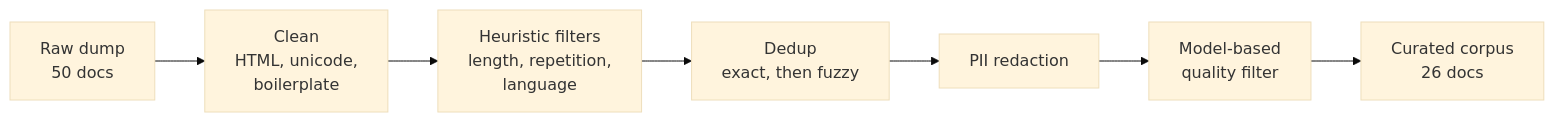
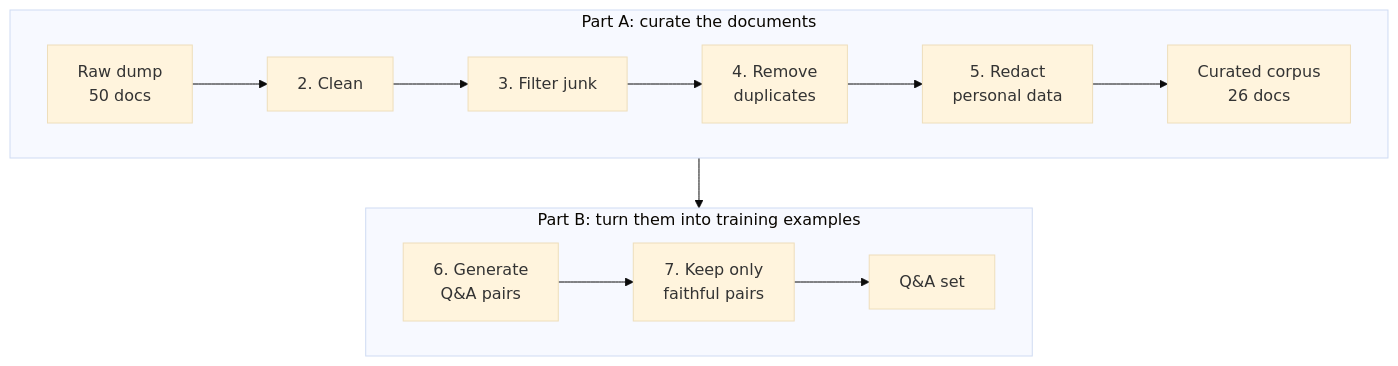
Before and after one commit to vinothss/add_llmknowledge: the diagram in docs/modules/01-data-curation.md, drawn with Mermaid (base theme). The commit also changed other lines of this file and 2 other files, not shown here.

````diff
--- a/docs/modules/01-data-curation.md
+++ b/docs/modules/01-data-curation.md
@@ -54,9 +60,12 @@
 ```mermaid
-flowchart LR
-  R[Raw dump<br/>50 docs] --> C[Clean<br/>HTML, unicode,<br/>boilerplate]
-  C --> F[Heuristic filters<br/>length, repetition,<br/>language]
-  F --> D[Dedup<br/>exact, then fuzzy]
-  D --> P[PII redaction]
-  P --> Q[Model-based<br/>quality filter]
-  Q --> O[Curated corpus<br/>26 docs]
+flowchart TB
+  subgraph A["Part A: curate the documents"]
+    direction LR
+    R[Raw dump<br/>50 docs] --> C[2. Clean] --> F[3. Filter junk] --> D[4. Remove<br/>duplicates] --> P[5. Redact<br/>personal data] --> O[Curated corpus<br/>26 docs]
+  end
+  subgraph B["Part B: turn them into training examples"]
+    direction LR
+    G[6. Generate<br/>Q&A pairs] --> V[7. Keep only<br/>faithful pairs] --> Q[Q&A set]
+  end
+  A --> B
 ```
````
